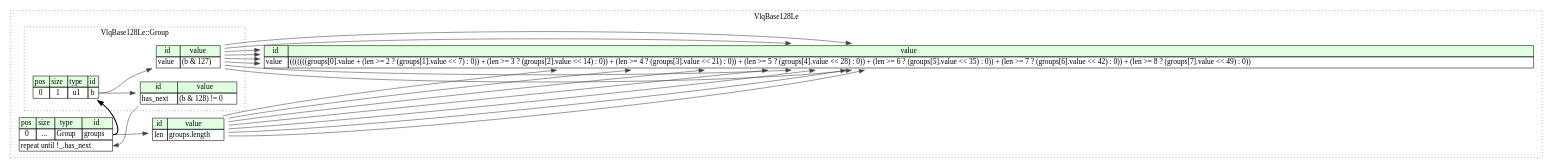
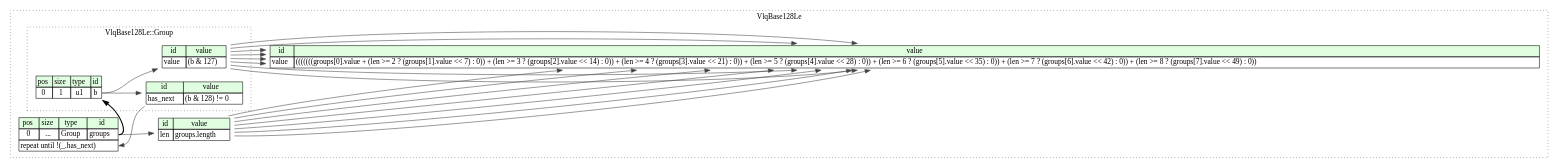
One commit to kaitai-io/ci_targets changed the diagram in compiled/graphviz/vlq_base128_le.dot. Above: the diagram before and after it, drawn with Graphviz. The commit also changed 1059 other files, not shown here.

```diff
--- a/compiled/graphviz/vlq_base128_le.dot
+++ b/compiled/graphviz/vlq_base128_le.dot
@@ -1,59 +1,59 @@
 digraph {
 	rankdir=LR;
 	node [shape=plaintext];
 	subgraph cluster__vlq_base128_le {
 		label="VlqBase128Le";
 		graph[style=dotted];
 
 		vlq_base128_le__seq [label=<<TABLE BORDER="0" CELLBORDER="1" CELLSPACING="0">
 			<TR><TD BGCOLOR="#E0FFE0">pos</TD><TD BGCOLOR="#E0FFE0">size</TD><TD BGCOLOR="#E0FFE0">type</TD><TD BGCOLOR="#E0FFE0">id</TD></TR>
 			<TR><TD PORT="groups_pos">0</TD><TD PORT="groups_size">...</TD><TD>Group</TD><TD PORT="groups_type">groups</TD></TR>
-			<TR><TD COLSPAN="4" PORT="groups__repeat">repeat until !_.has_next</TD></TR>
+			<TR><TD COLSPAN="4" PORT="groups__repeat">repeat until !(_.has_next)</TD></TR>
 		</TABLE>>];
 		vlq_base128_le__inst__len [label=<<TABLE BORDER="0" CELLBORDER="1" CELLSPACING="0">
 			<TR><TD BGCOLOR="#E0FFE0">id</TD><TD BGCOLOR="#E0FFE0">value</TD></TR>
 			<TR><TD>len</TD><TD>groups.length</TD></TR>
 		</TABLE>>];
 		vlq_base128_le__inst__value [label=<<TABLE BORDER="0" CELLBORDER="1" CELLSPACING="0">
 			<TR><TD BGCOLOR="#E0FFE0">id</TD><TD BGCOLOR="#E0FFE0">value</TD></TR>
 			<TR><TD>value</TD><TD>(((((((groups[0].value + (len &gt;= 2 ? (groups[1].value &lt;&lt; 7) : 0)) + (len &gt;= 3 ? (groups[2].value &lt;&lt; 14) : 0)) + (len &gt;= 4 ? (groups[3].value &lt;&lt; 21) : 0)) + (len &gt;= 5 ? (groups[4].value &lt;&lt; 28) : 0)) + (len &gt;= 6 ? (groups[5].value &lt;&lt; 35) : 0)) + (len &gt;= 7 ? (groups[6].value &lt;&lt; 42) : 0)) + (len &gt;= 8 ? (groups[7].value &lt;&lt; 49) : 0))</TD></TR>
 		</TABLE>>];
 		subgraph cluster__group {
 			label="VlqBase128Le::Group";
 			graph[style=dotted];
 
 			group__seq [label=<<TABLE BORDER="0" CELLBORDER="1" CELLSPACING="0">
 				<TR><TD BGCOLOR="#E0FFE0">pos</TD><TD BGCOLOR="#E0FFE0">size</TD><TD BGCOLOR="#E0FFE0">type</TD><TD BGCOLOR="#E0FFE0">id</TD></TR>
 				<TR><TD PORT="b_pos">0</TD><TD PORT="b_size">1</TD><TD>u1</TD><TD PORT="b_type">b</TD></TR>
 			</TABLE>>];
 			group__inst__has_next [label=<<TABLE BORDER="0" CELLBORDER="1" CELLSPACING="0">
 				<TR><TD BGCOLOR="#E0FFE0">id</TD><TD BGCOLOR="#E0FFE0">value</TD></TR>
 				<TR><TD>has_next</TD><TD>(b &amp; 128) != 0</TD></TR>
 			</TABLE>>];
 			group__inst__value [label=<<TABLE BORDER="0" CELLBORDER="1" CELLSPACING="0">
 				<TR><TD BGCOLOR="#E0FFE0">id</TD><TD BGCOLOR="#E0FFE0">value</TD></TR>
 				<TR><TD>value</TD><TD>(b &amp; 127)</TD></TR>
 			</TABLE>>];
 		}
 	}
 	vlq_base128_le__seq:groups_type -> group__seq [style=bold];
 	group__inst__has_next:has_next_type -> vlq_base128_le__seq:groups__repeat [color="#404040"];
 	vlq_base128_le__seq:groups_type -> vlq_base128_le__inst__len [color="#404040"];
 	group__inst__value:value_type -> vlq_base128_le__inst__value [color="#404040"];
 	vlq_base128_le__inst__len:len_type -> vlq_base128_le__inst__value [color="#404040"];
 	group__inst__value:value_type -> vlq_base128_le__inst__value [color="#404040"];
 	vlq_base128_le__inst__len:len_type -> vlq_base128_le__inst__value [color="#404040"];
 	group__inst__value:value_type -> vlq_base128_le__inst__value [color="#404040"];
 	vlq_base128_le__inst__len:len_type -> vlq_base128_le__inst__value [color="#404040"];
 	group__inst__value:value_type -> vlq_base128_le__inst__value [color="#404040"];
 	vlq_base128_le__inst__len:len_type -> vlq_base128_le__inst__value [color="#404040"];
 	group__inst__value:value_type -> vlq_base128_le__inst__value [color="#404040"];
 	vlq_base128_le__inst__len:len_type -> vlq_base128_le__inst__value [color="#404040"];
 	group__inst__value:value_type -> vlq_base128_le__inst__value [color="#404040"];
 	vlq_base128_le__inst__len:len_type -> vlq_base128_le__inst__value [color="#404040"];
 	group__inst__value:value_type -> vlq_base128_le__inst__value [color="#404040"];
 	vlq_base128_le__inst__len:len_type -> vlq_base128_le__inst__value [color="#404040"];
 	group__inst__value:value_type -> vlq_base128_le__inst__value [color="#404040"];
 	group__seq:b_type -> group__inst__has_next [color="#404040"];
 	group__seq:b_type -> group__inst__value [color="#404040"];
 }
```
